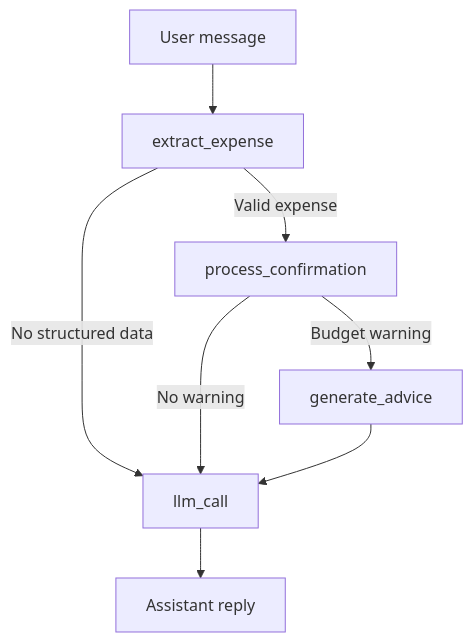
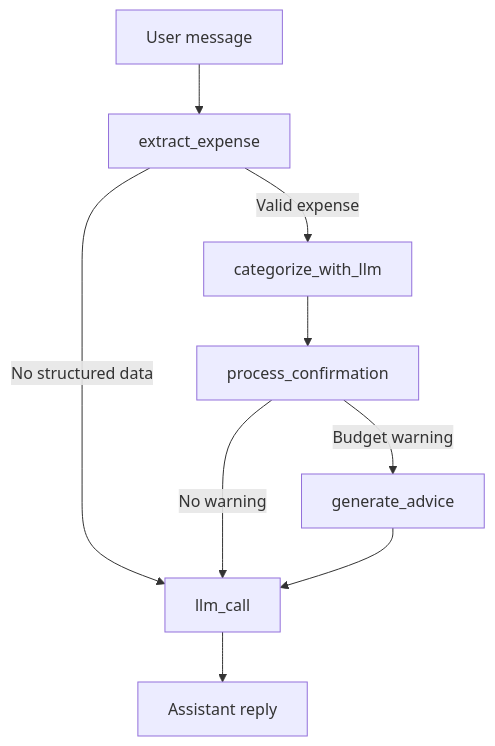
Before and after one commit to huytu0702/moniagent: the diagram in backend/docs/AI_AGENT_ANALYSIS.md, drawn with Mermaid. The commit also changed other lines of this file and 11 other files, not shown here.

````diff
--- a/backend/docs/AI_AGENT_ANALYSIS.md
+++ b/backend/docs/AI_AGENT_ANALYSIS.md
@@ -43,10 +65,11 @@
 ```mermaid
 flowchart TD
     A[User message] --> B[extract_expense]
-    B -->|Valid expense| C[process_confirmation]
+    B -->|Valid expense| C[categorize_with_llm]
+    C --> C1[process_confirmation]
     B -->|No structured data| D[llm_call]
-    C -->|Budget warning| E[generate_advice]
-    C -->|No warning| D
+    C1 -->|Budget warning| E[generate_advice]
+    C1 -->|No warning| D
     E --> D
     D --> F[Assistant reply]
 ```
````
